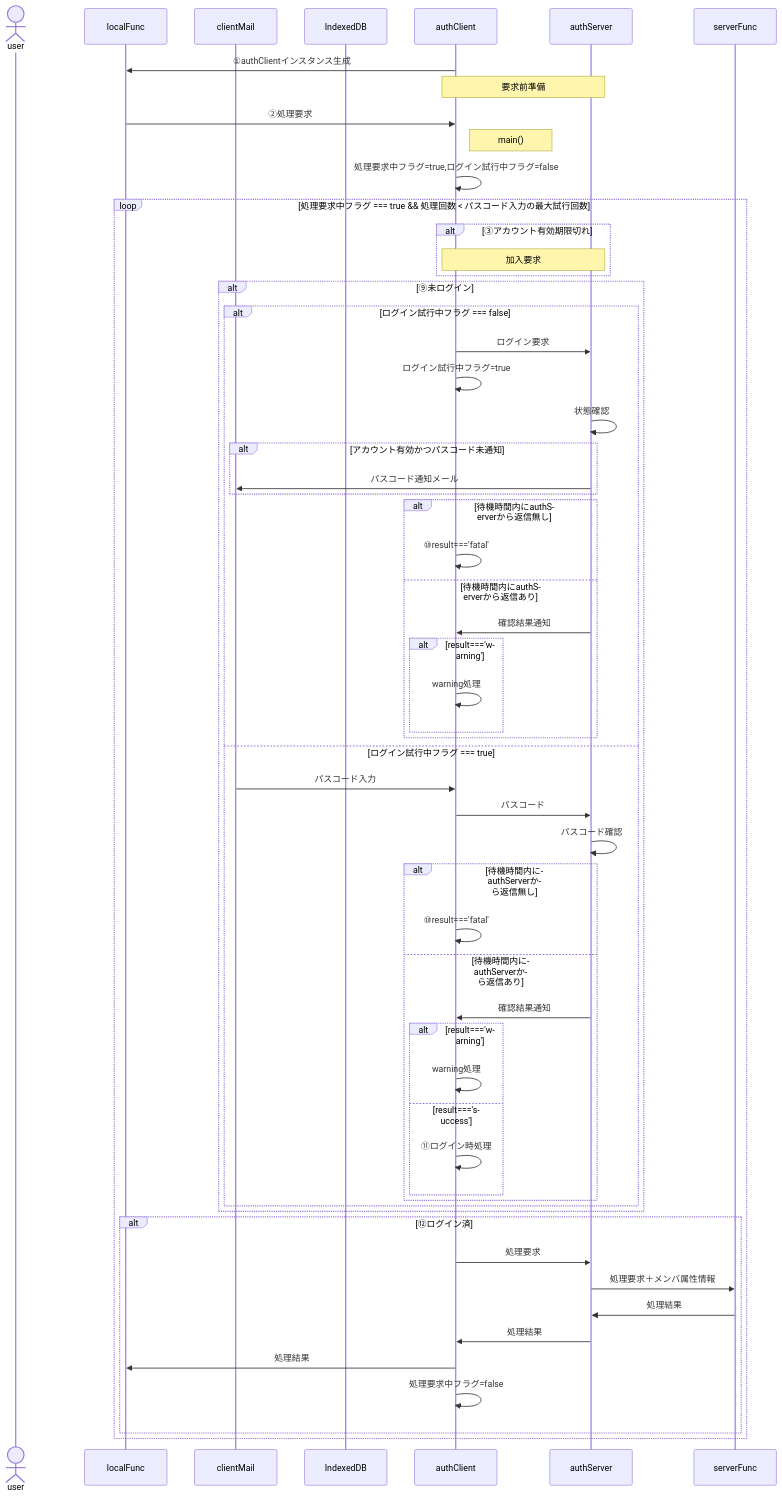
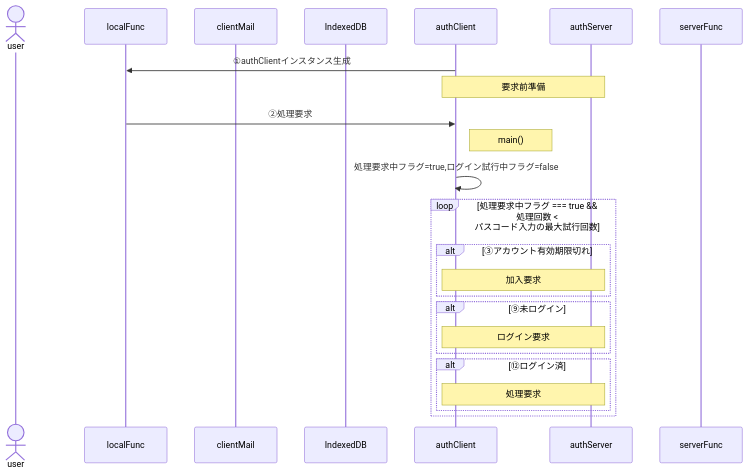
Before and after one commit to nakaone/library: the first of 4 diagrams in underDev/Auth/question.md, drawn with Mermaid. The commit also changed other lines of this file and 11 other files, not shown here.

````diff
--- a/underDev/Auth/question.md
+++ b/underDev/Auth/question.md
@@ -62,69 +62,35 @@
 ```mermaid
 sequenceDiagram
   actor user
   participant localFunc
   participant clientMail
   %%participant encryptRequest
   participant IndexedDB
   participant authClient
   participant authServer
   %%participant memberList
   %%participant decryptRequest
   participant serverFunc
   %%actor admin
 
   authClient->>localFunc: ①authClientインスタンス生成
   Note over authClient,authServer: 要求前準備
   localFunc->>authClient: ②処理要求
   Note right of authClient: main()
 
   authClient->>authClient: 処理要求中フラグ=true,ログイン試行中フラグ=false
   loop 処理要求中フラグ === true && 処理回数 < パスコード入力の最大試行回数
 
     alt ③アカウント有効期限切れ
       Note over authClient,authServer: 加入要求
     end
 
     alt ⑨未ログイン
-      alt ログイン試行中フラグ === false
-        authClient->>authServer: ログイン要求
-        authClient->>authClient: ログイン試行中フラグ=true
-        authServer->>authServer: 状態確認
-        alt アカウント有効かつパスコード未通知
-          authServer->>clientMail: パスコード通知メール
-        end
-        alt 待機時間内にauthServerから返信無し
-          authClient->>authClient: ⑩result==='fatal'
-        else 待機時間内にauthServerから返信あり
-          authServer->>authClient: 確認結果通知
-          alt result==='warning'
-            authClient->>authClient: warning処理
-          end
-        end
-      else ログイン試行中フラグ === true
-        clientMail->>authClient: パスコード入力
-        authClient->>authServer: パスコード
-        authServer->>authServer: パスコード確認
-        alt 待機時間内にauthServerから返信無し
-          authClient->>authClient: ⑩result==='fatal'
-        else 待機時間内にauthServerから返信あり
-          authServer->>authClient: 確認結果通知
-          alt result==='warning'
-            authClient->>authClient: warning処理
-          else result==='success'
-            authClient->>authClient: ⑪ログイン時処理
-          end
-        end
-      end
+      Note over authClient,authServer: ログイン要求
     end
 
     alt ⑫ログイン済
-      authClient->>authServer: 処理要求
-      authServer->>serverFunc: 処理要求＋メンバ属性情報
-      serverFunc->>authServer: 処理結果
-      authServer->>authClient: 処理結果
-      authClient->>localFunc: 処理結果
-      authClient->>authClient: 処理要求中フラグ=false
+      Note over authClient,authServer: 処理要求
     end
   end
 ```
````
